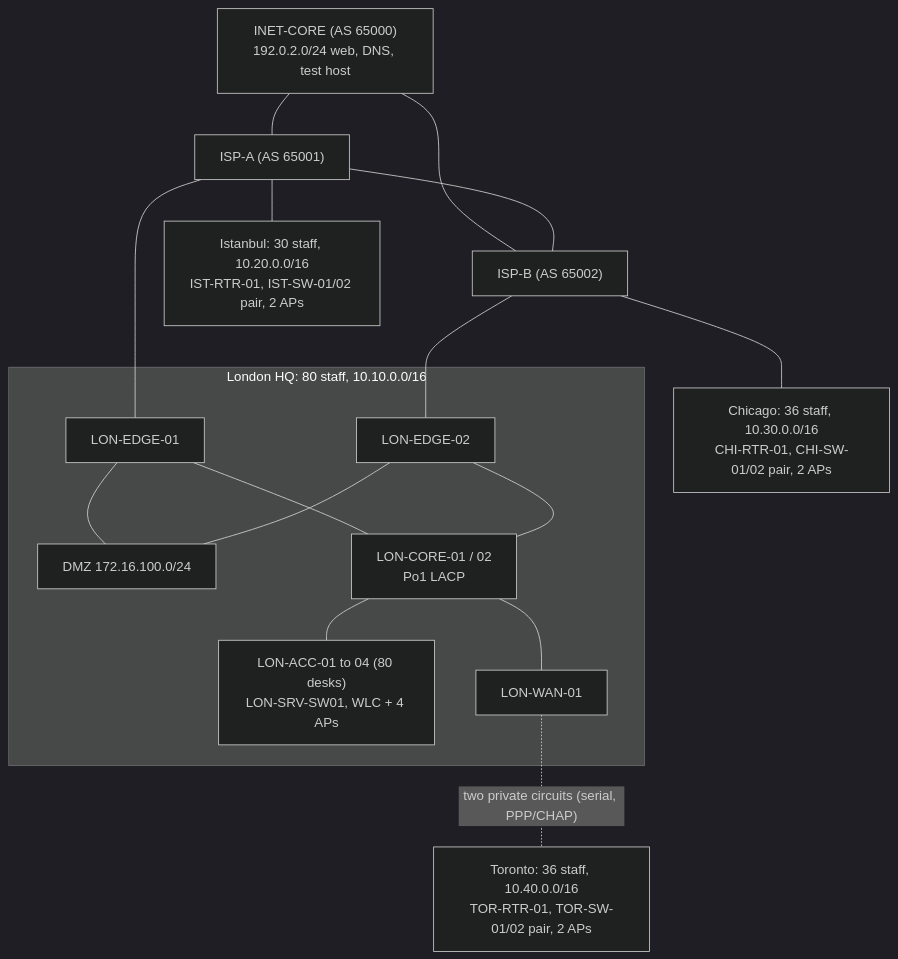
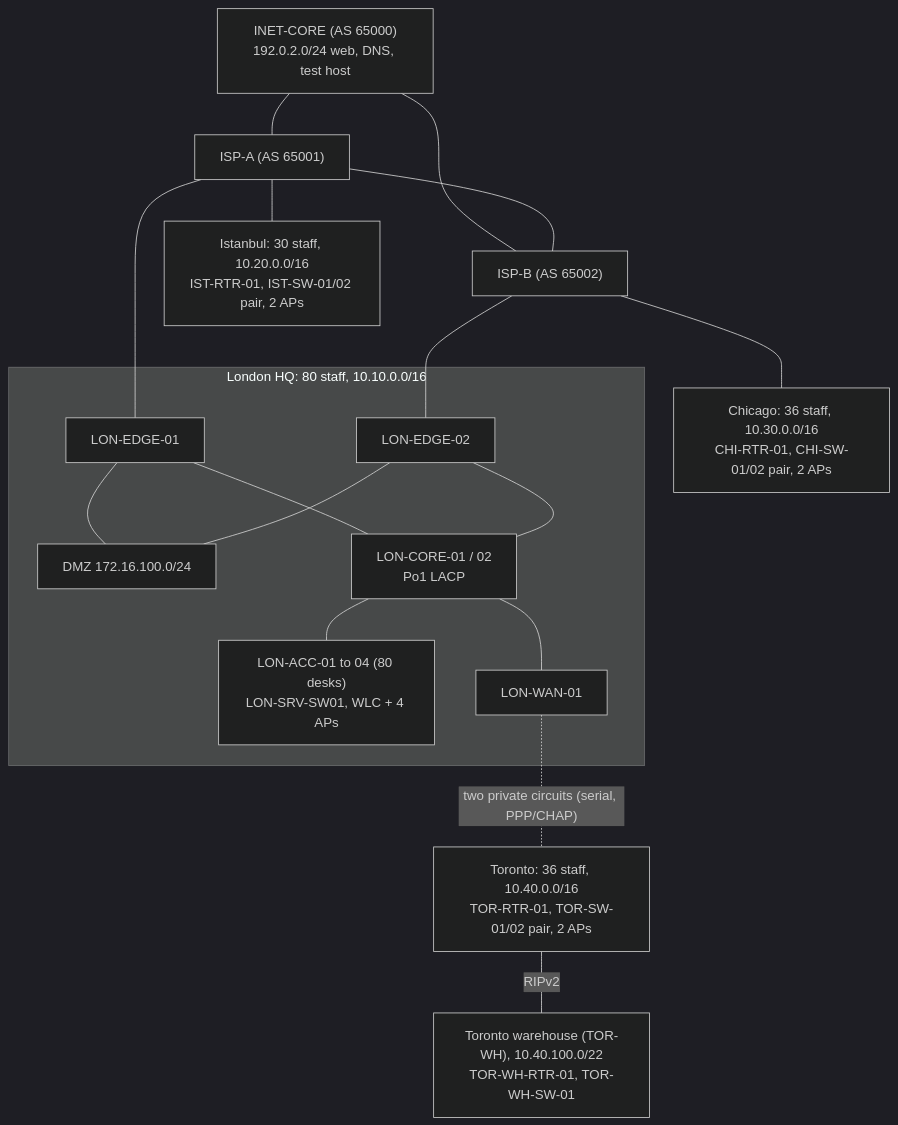
One commit to atahan99/bosphorus-enterprise-net changed the first of 9 diagrams in diagrams/README.md. Above: the diagram before and after it, drawn with Mermaid (dark theme). The commit also changed other lines of this file and 55 other files, not shown here.

First line of the commit message:
Phases 11-12: RIPv2 Toronto warehouse and CCTV zone (VLAN 90)

````diff
--- a/diagrams/README.md
+++ b/diagrams/README.md
@@ -7,28 +7,29 @@
 ```mermaid
 flowchart TB
   INET["INET-CORE (AS 65000)<br/>192.0.2.0/24 web, DNS, test host"]
   ISPA["ISP-A (AS 65001)"]
   ISPB["ISP-B (AS 65002)"]
   INET --- ISPA
   INET --- ISPB
   ISPA --- ISPB
   subgraph LON["London HQ: 80 staff, 10.10.0.0/16"]
     E1["LON-EDGE-01"]
     E2["LON-EDGE-02"]
     DMZ["DMZ 172.16.100.0/24"]
     CORE["LON-CORE-01 / 02<br/>Po1 LACP"]
     ACC["LON-ACC-01 to 04 (80 desks)<br/>LON-SRV-SW01, WLC + 4 APs"]
     WAN["LON-WAN-01"]
     E1 --- DMZ
     E2 --- DMZ
     E1 --- CORE
     E2 --- CORE
     CORE --- ACC
     CORE --- WAN
   end
   ISPA --- E1
   ISPB --- E2
   ISPA --- IST["Istanbul: 30 staff, 10.20.0.0/16<br/>IST-RTR-01, IST-SW-01/02 pair, 2 APs"]
   ISPB --- CHI["Chicago: 36 staff, 10.30.0.0/16<br/>CHI-RTR-01, CHI-SW-01/02 pair, 2 APs"]
   WAN -. "two private circuits (serial, PPP/CHAP)" .- TOR["Toronto: 36 staff, 10.40.0.0/16<br/>TOR-RTR-01, TOR-SW-01/02 pair, 2 APs"]
+  TOR -- "RIPv2" --- WH["Toronto warehouse (TOR-WH), 10.40.100.0/22<br/>TOR-WH-RTR-01, TOR-WH-SW-01"]
 ```
````
